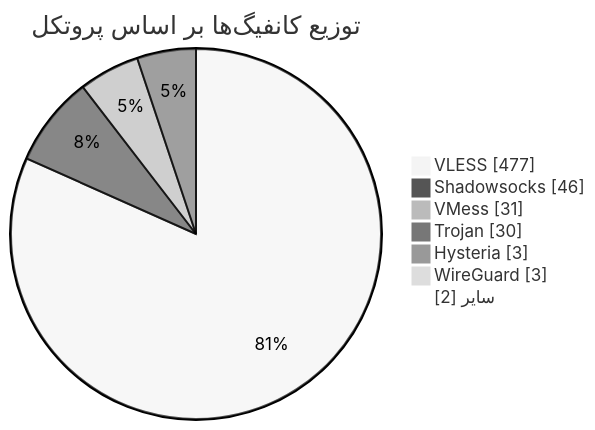
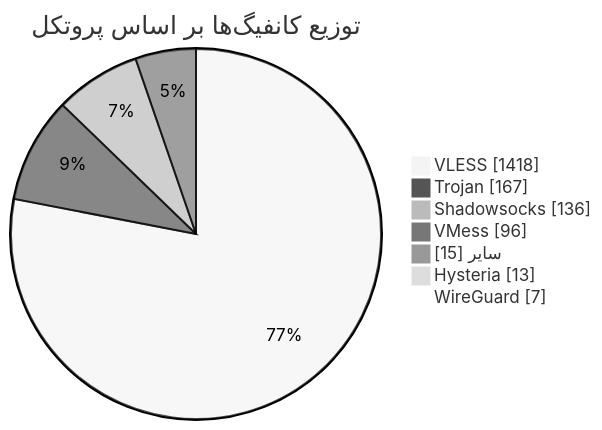
The diagram in README.md (Arian-Alijani/Somthing), drawn with Mermaid (neutral theme) before and after one commit. The commit also changed other lines of this file and 21 other files, not shown here.

````diff
--- a/README.md
+++ b/README.md
@@ -49,11 +49,11 @@
 ```mermaid
 pie showData
     title توزیع کانفیگ‌ها بر اساس پروتکل
-    "VLESS" : 477
-    "Shadowsocks" : 46
-    "VMess" : 31
-    "Trojan" : 30
-    "Hysteria" : 3
-    "WireGuard" : 3
-    "سایر" : 2
+    "VLESS" : 1418
+    "Trojan" : 167
+    "Shadowsocks" : 136
+    "VMess" : 96
+    "سایر" : 15
+    "Hysteria" : 13
+    "WireGuard" : 7
 ```
````
